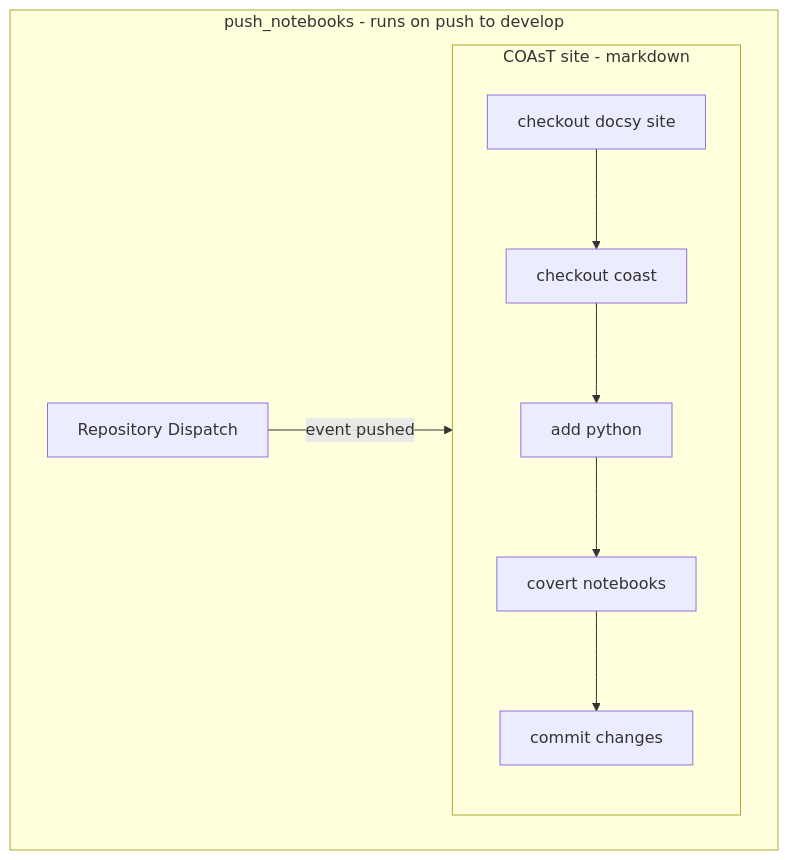
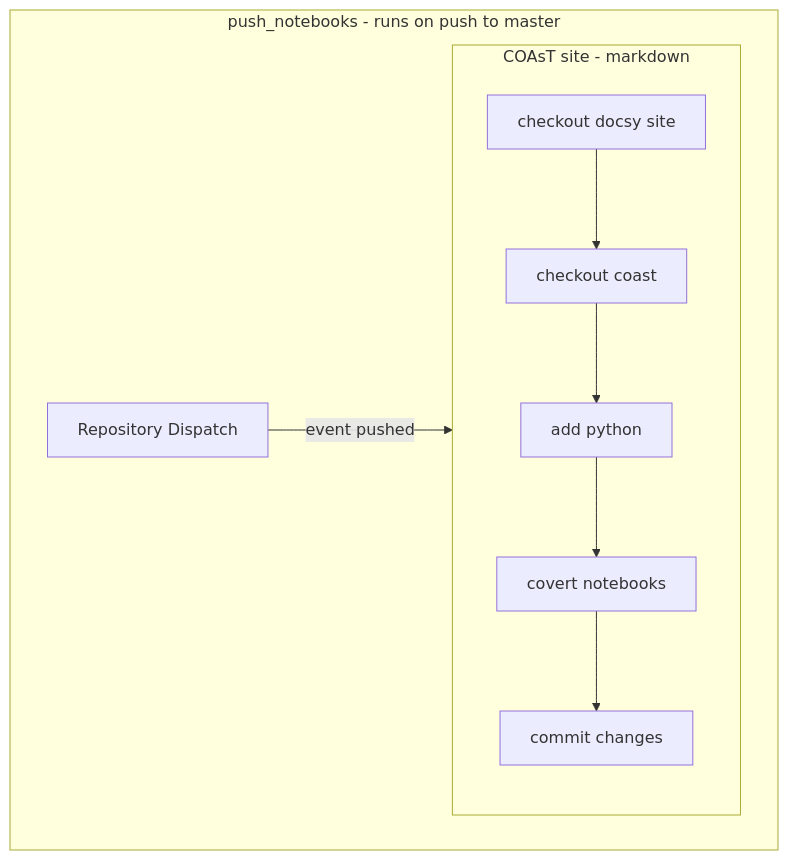
The third of 5 diagrams in github-actions-flowchart.md (British-Oceanographic-Data-Centre/COAsT), drawn with Mermaid before and after one commit. The commit also changed other lines of this file, not shown here.

Commit message:
update to match action file

````diff
--- a/github-actions-flowchart.md
+++ b/github-actions-flowchart.md
@@ -50,16 +50,16 @@
 ```mermaid
 flowchart LR
-    subgraph b1[push_notebooks - runs on push to develop]
+    subgraph b1[push_notebooks - runs on push to master]
         direction LR
         subgraph b2[COAsT site - markdown ]
             direction TB
             a[checkout docsy site] -->b
             b[checkout coast] -->c
             c[add python] -->d
             d[covert notebooks] -->e
             e[commit changes]            
          end
     t[Repository Dispatch] -- event pushed --> b2    
     end
     click a "https://github.com/British-Oceanographic-Data-Centre/COAsT-site" "Docsy site for COAsT repo"
 ```
````
